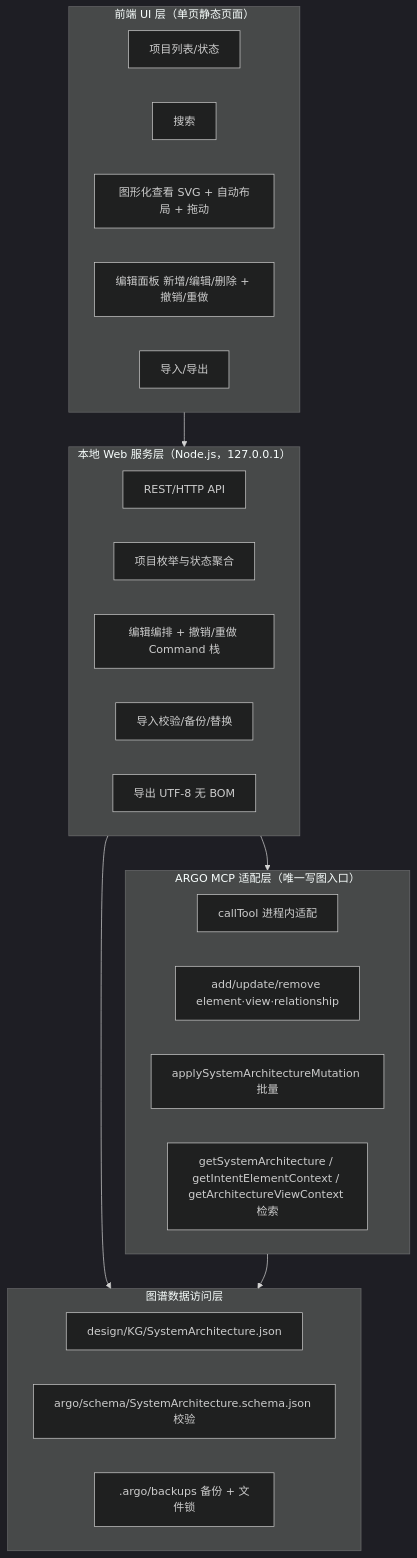
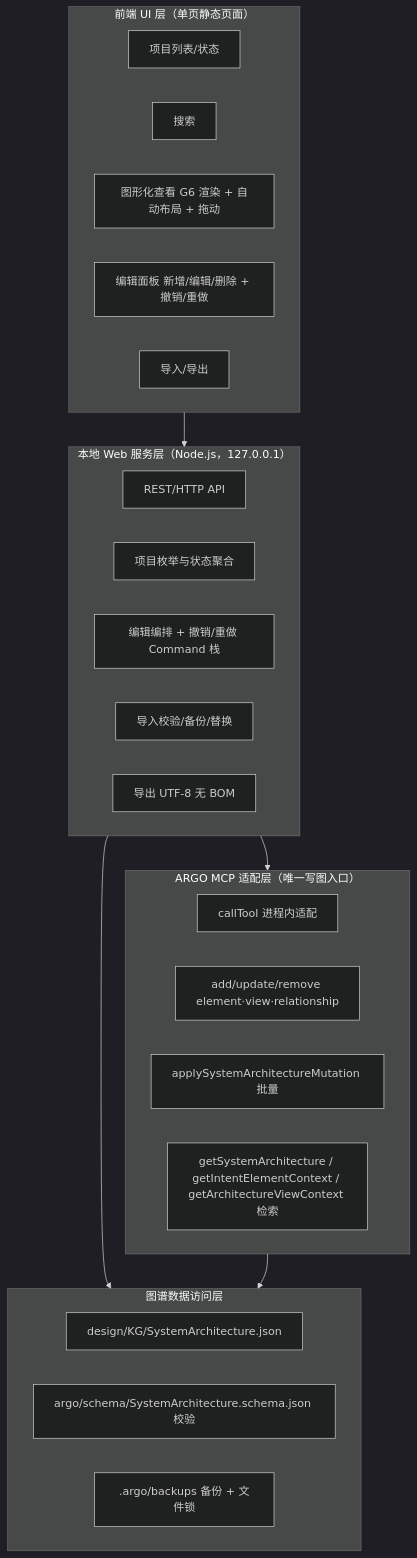
Before and after one commit to derekhu0002/archgraph: the diagram in docs/ea-web-service-design.md, drawn with Mermaid (dark theme). The commit also changed other lines of this file and 2 other files, not shown here.

Commit message:
refactor(design): AD-c/AD-g adopt AntV G6 v5 open-source graph core

````diff
--- a/docs/ea-web-service-design.md
+++ b/docs/ea-web-service-design.md
@@ -17,36 +17,36 @@
 ```mermaid
 flowchart TB
     subgraph UI["前端 UI 层（单页静态页面）"]
         B[项目列表/状态]
         C[搜索]
-        D[图形化查看 SVG + 自动布局 + 拖动]
+        D[图形化查看 G6 渲染 + 自动布局 + 拖动]
         E[编辑面板 新增/编辑/删除 + 撤销/重做]
         F[导入/导出]
     end
 
     subgraph WEB["本地 Web 服务层（Node.js，127.0.0.1）"]
         G[REST/HTTP API]
         H[项目枚举与状态聚合]
         I[编辑编排 + 撤销/重做 Command 栈]
         J[导入校验/备份/替换]
         K[导出 UTF-8 无 BOM]
     end
 
     subgraph MCP["ARGO MCP 适配层（唯一写图入口）"]
         L[callTool 进程内适配]
         M[add/update/remove element·view·relationship]
         N[applySystemArchitectureMutation 批量]
         O[getSystemArchitecture / getIntentElementContext / getArchitectureViewContext 检索]
     end
 
     subgraph DATA["图谱数据访问层"]
         P[design/KG/SystemArchitecture.json]
         Q[argo/schema/SystemArchitecture.schema.json 校验]
         R[.argo/backups 备份 + 文件锁]
     end
 
     UI --> WEB
     WEB --> MCP
     WEB --> DATA
     MCP --> DATA
 ```
````
